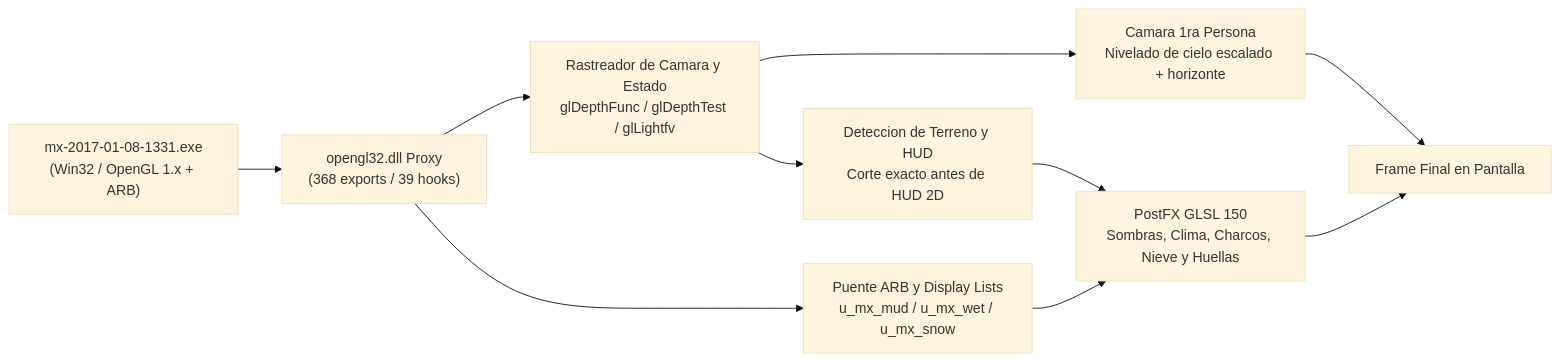
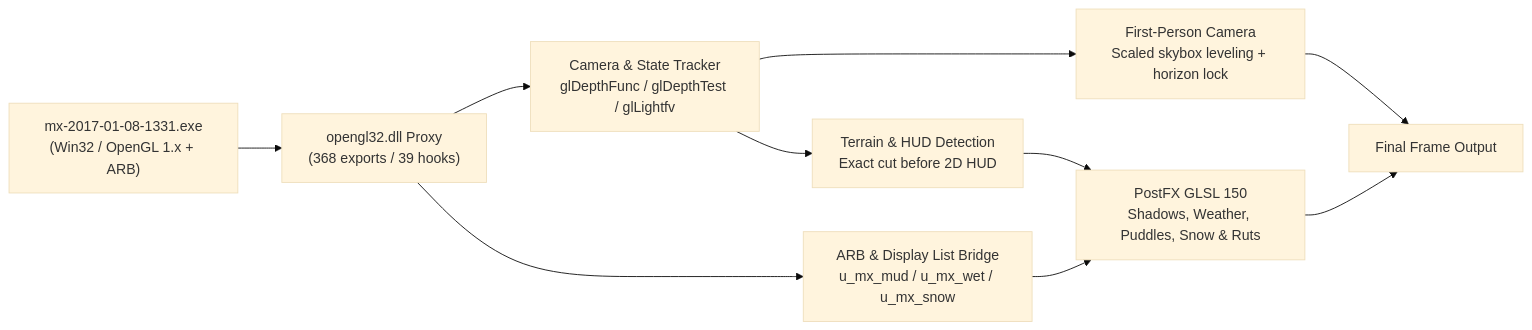
One commit to RodriA45/MXS-Remastered-Rodri changed the diagram in README.md. Above: the diagram before and after it, drawn with Mermaid (base theme). The commit also changed other lines of this file and 1 other file, not shown here.

````diff
--- a/README.md
+++ b/README.md
@@ -68,12 +74,12 @@
 ```mermaid
 flowchart LR
     A["mx-2017-01-08-1331.exe<br/>(Win32 / OpenGL 1.x + ARB)"] --> B["opengl32.dll Proxy<br/>(368 exports / 39 hooks)"]
-    B --> C["Rastreador de Camara y Estado<br/>glDepthFunc / glDepthTest / glLightfv"]
-    B --> D["Puente ARB y Display Lists<br/>u_mx_mud / u_mx_wet / u_mx_snow"]
-    C --> E["Camara 1ra Persona<br/>Nivelado de cielo escalado + horizonte"]
-    C --> F["Deteccion de Terreno y HUD<br/>Corte exacto antes de HUD 2D"]
-    D --> G["PostFX GLSL 150<br/>Sombras, Clima, Charcos, Nieve y Huellas"]
-    E --> H["Frame Final en Pantalla"]
+    B --> C["Camera & State Tracker<br/>glDepthFunc / glDepthTest / glLightfv"]
+    B --> D["ARB & Display List Bridge<br/>u_mx_mud / u_mx_wet / u_mx_snow"]
+    C --> E["First-Person Camera<br/>Scaled skybox leveling + horizon lock"]
+    C --> F["Terrain & HUD Detection<br/>Exact cut before 2D HUD"]
+    D --> G["PostFX GLSL 150<br/>Shadows, Weather, Puddles, Snow & Ruts"]
+    E --> H["Final Frame Output"]
     F --> G
     G --> H
 ```
````
